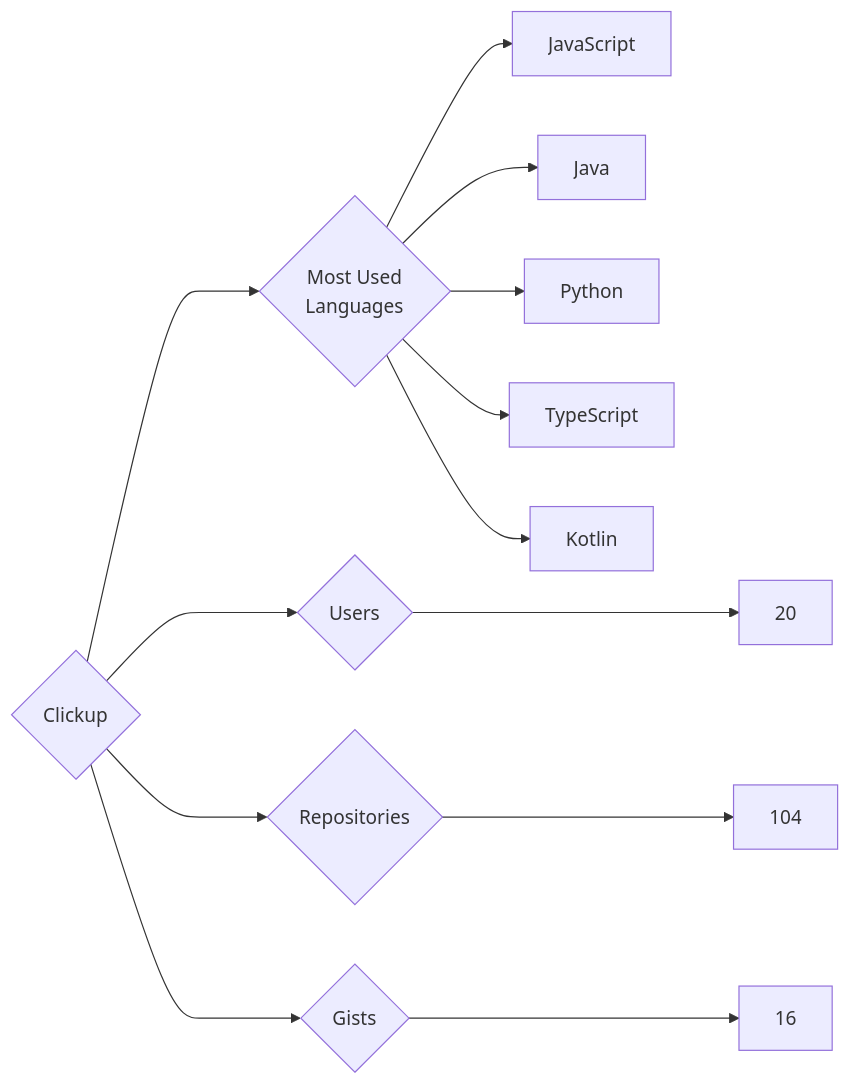
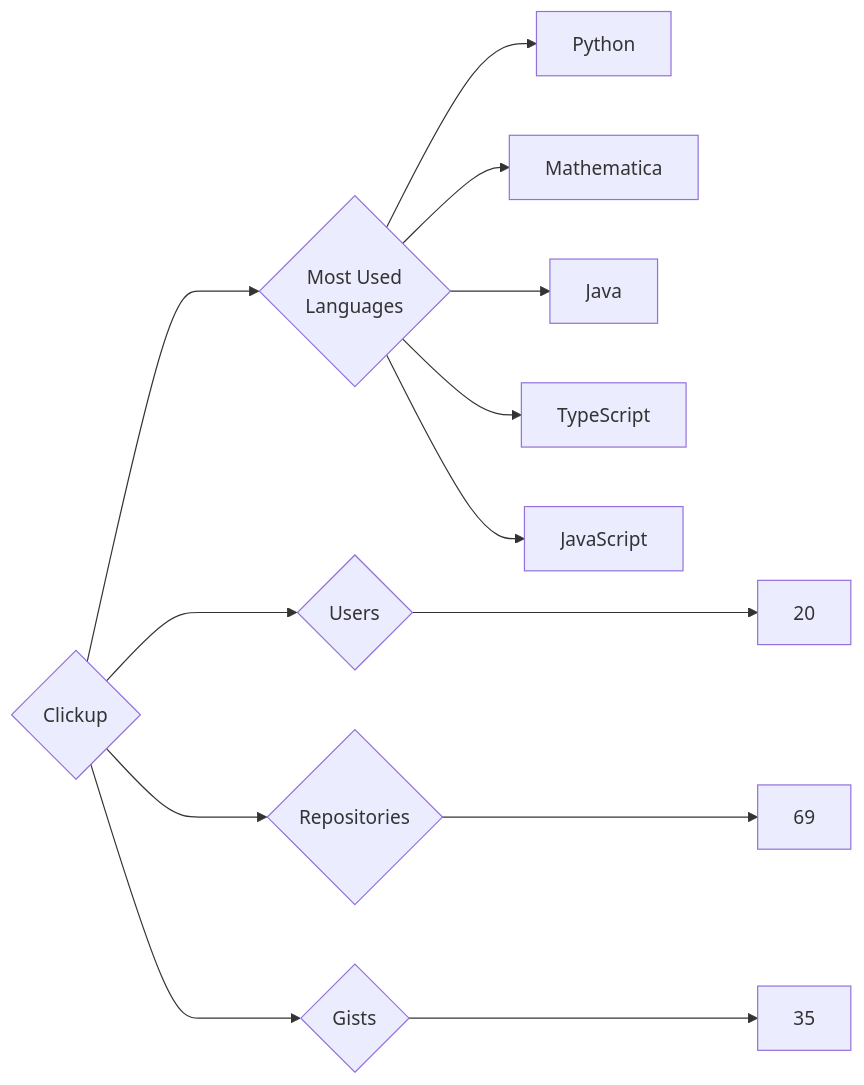
The diagram in targets/Clickup/README.md (trickest/insiders), drawn with Mermaid before and after one commit. The commit also changed 682 other files, not shown here.

````diff
--- a/targets/Clickup/README.md
+++ b/targets/Clickup/README.md
@@ -3,13 +3,13 @@
 ```mermaid
 graph LR
 COMPANY_NAME{Clickup}
 COMPANY_NAME ---> U{Users} ---> UN[20]
-COMPANY_NAME ---> R{Repositories} ---> RN[104]
-COMPANY_NAME ---> G{Gists} ---> GN[16]
+COMPANY_NAME ---> R{Repositories} ---> RN[69]
+COMPANY_NAME ---> G{Gists} ---> GN[35]
 COMPANY_NAME ---> ML{Most Used<br>Languages}
+ML --> Python[Python]
+ML --> Mathematica[Mathematica]
+ML --> Java[Java]
+ML --> TypeScript[TypeScript]
 ML --> JavaScript[JavaScript]
-ML --> Java[Java]
-ML --> Python[Python]
-ML --> TypeScript[TypeScript]
-ML --> Kotlin[Kotlin]
 ```
````
